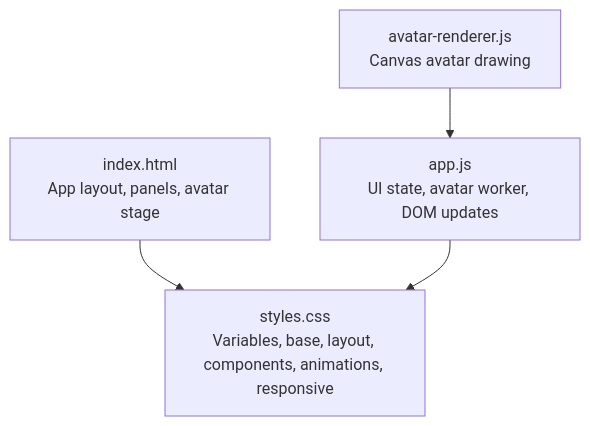
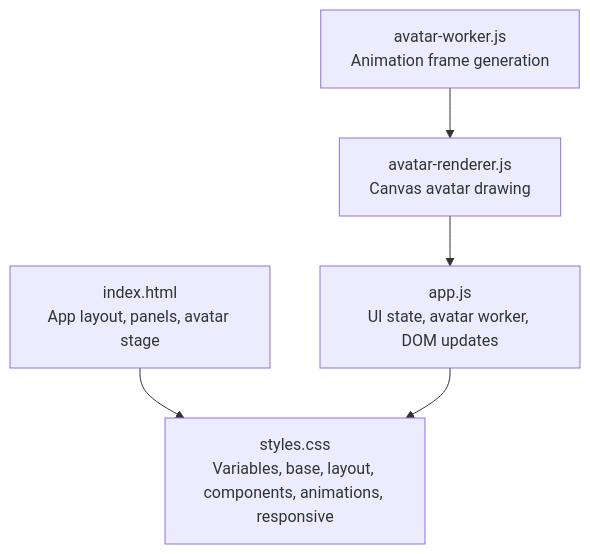
The first of 5 diagrams in .qoder/repowiki/en/content/Frontend Components/User Interface Design/CSS Styling and Animations.md (Sovetsky-Soyuz/AI-Assistant), drawn with Mermaid before and after one commit. The commit also changed other lines of this file and 10 other files, not shown here.

````diff
--- a/.qoder/repowiki/en/content/Frontend Components/User Interface Design/CSS Styling and Animations.md
+++ b/.qoder/repowiki/en/content/Frontend Components/User Interface Design/CSS Styling and Animations.md
@@ -29,6 +40,7 @@
 ```mermaid
 graph TB
 HTML["index.html<br/>App layout, panels, avatar stage"] --> CSS["styles.css<br/>Variables, base, layout, components, animations, responsive"]
 JS["app.js<br/>UI state, avatar worker, DOM updates"] --> CSS
 AV["avatar-renderer.js<br/>Canvas avatar drawing"] --> JS
+AW["avatar-worker.js<br/>Animation frame generation"] --> AV
 ```
````
